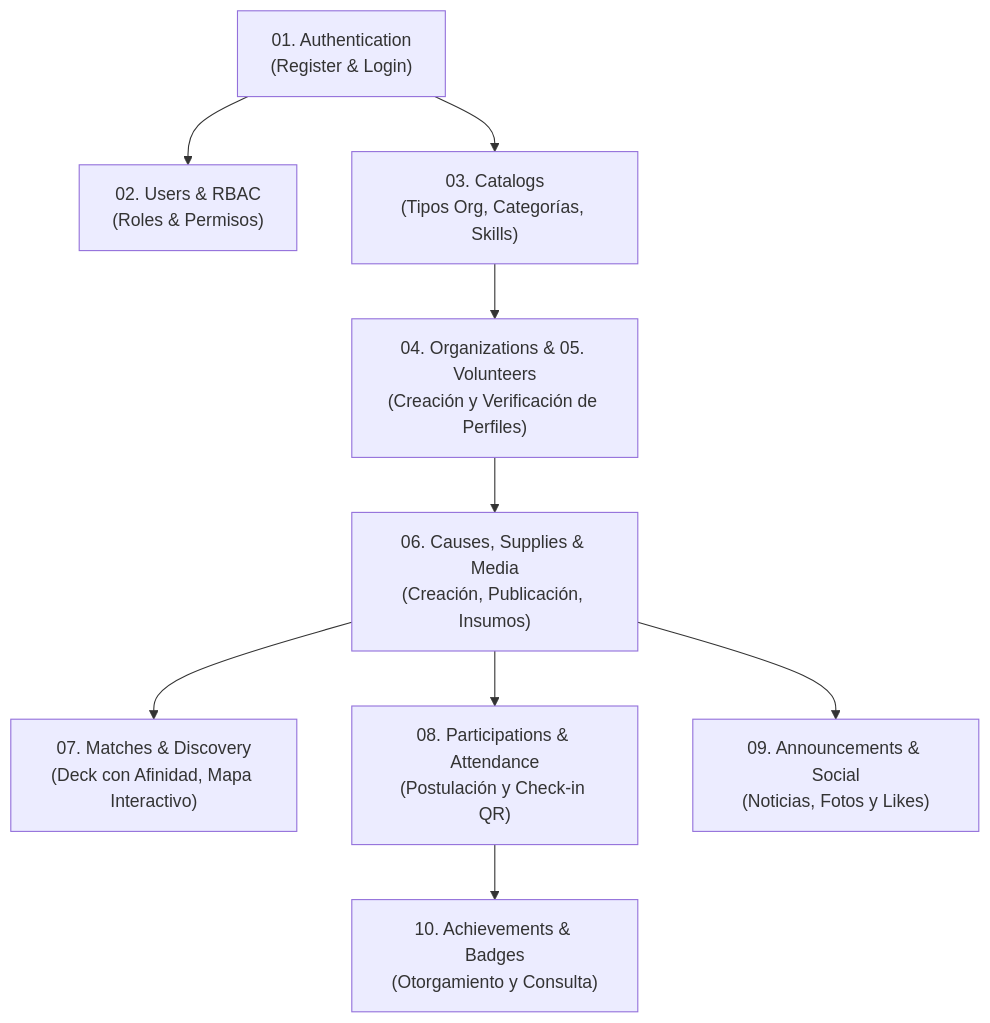
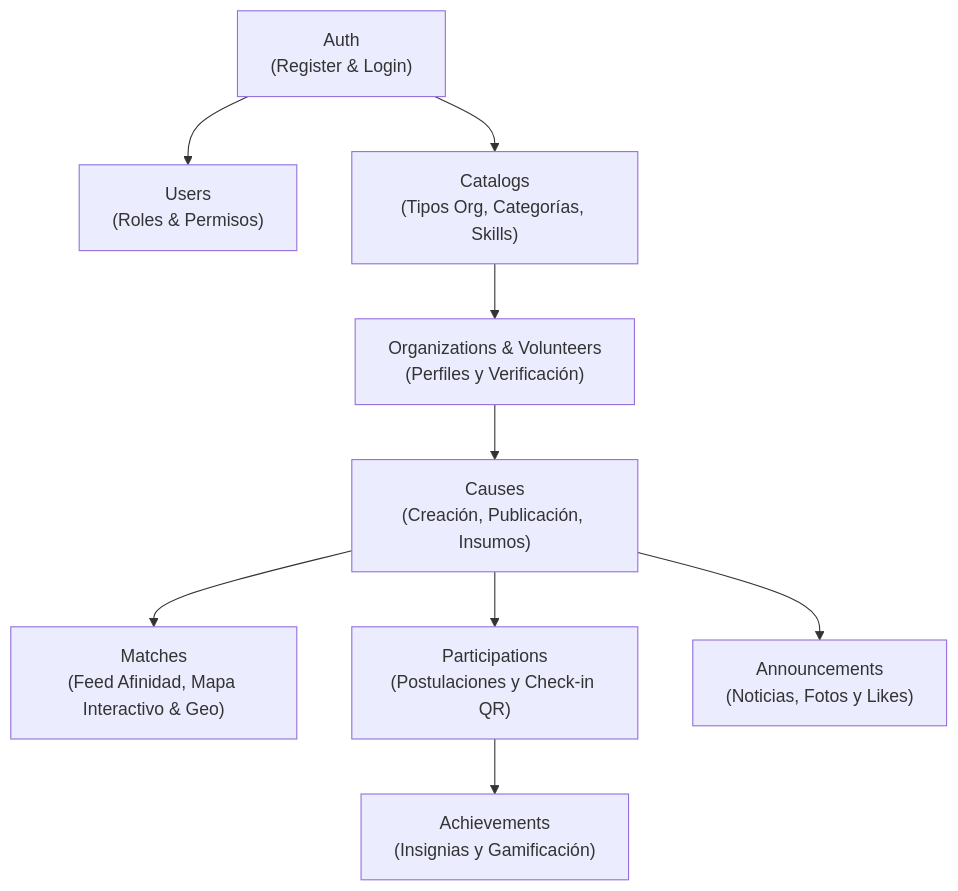
Before and after one commit to Desarrollo-de-Entornos-Digitales/backend-kindly-app-262: the diagram in server/postman/README.md, drawn with Mermaid. The commit also changed other lines of this file and 2 other files, not shown here.

````diff
--- a/server/postman/README.md
+++ b/server/postman/README.md
@@ -46,11 +47,11 @@
 ```mermaid
 flowchart TD
-    A["01. Authentication<br/>(Register & Login)"] --> B["02. Users & RBAC<br/>(Roles & Permisos)"]
-    A --> C["03. Catalogs<br/>(Tipos Org, Categorías, Skills)"]
-    C --> D["04. Organizations & 05. Volunteers<br/>(Creación y Verificación de Perfiles)"]
-    D --> E["06. Causes, Supplies & Media<br/>(Creación, Publicación, Insumos)"]
-    E --> F["07. Matches & Discovery<br/>(Deck con Afinidad, Mapa Interactivo)"]
-    E --> G["08. Participations & Attendance<br/>(Postulación y Check-in QR)"]
-    E --> H["09. Announcements & Social<br/>(Noticias, Fotos y Likes)"]
-    G --> I["10. Achievements & Badges<br/>(Otorgamiento y Consulta)"]
+    A["Auth<br/>(Register & Login)"] --> B["Users<br/>(Roles & Permisos)"]
+    A --> C["Catalogs<br/>(Tipos Org, Categorías, Skills)"]
+    C --> D["Organizations & Volunteers<br/>(Perfiles y Verificación)"]
+    D --> E["Causes<br/>(Creación, Publicación, Insumos)"]
+    E --> F["Matches<br/>(Feed Afinidad, Mapa Interactivo & Geo)"]
+    E --> G["Participations<br/>(Postulaciones y Check-in QR)"]
+    E --> H["Announcements<br/>(Noticias, Fotos y Likes)"]
+    G --> I["Achievements<br/>(Insignias y Gamificación)"]
 ```
````
